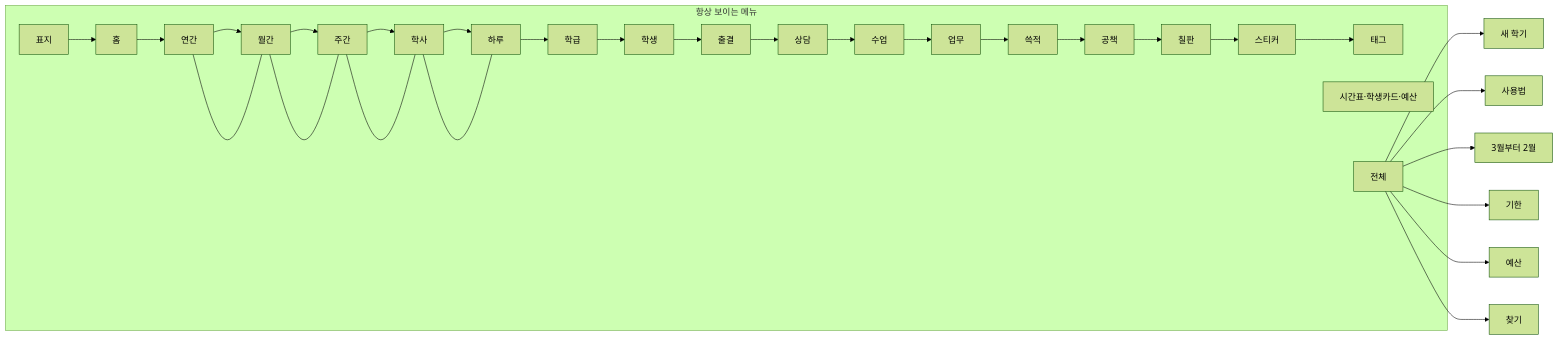
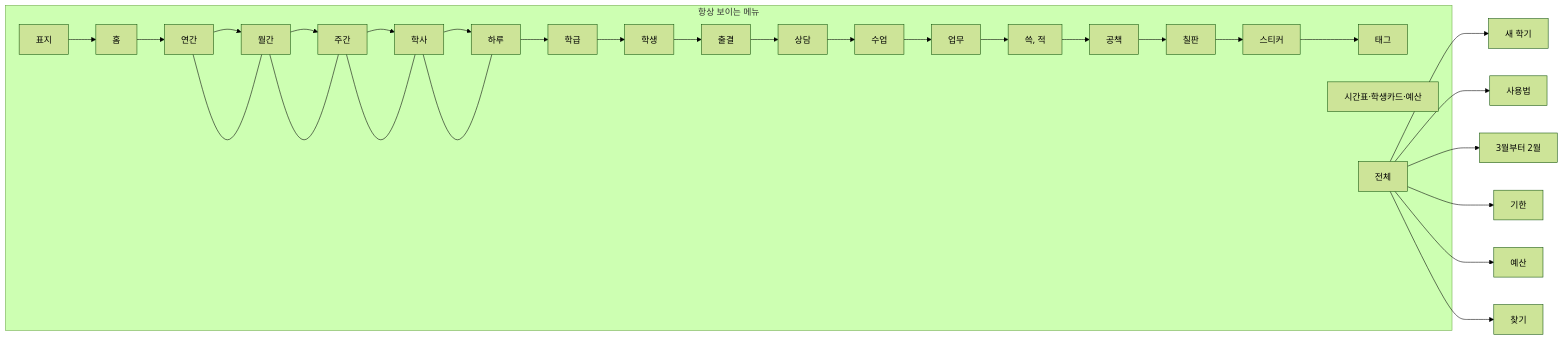
Before and after one commit to dmlwjd85/All-in-One-Home: the first of 2 diagrams in docs/nav-map.md, drawn with Mermaid (forest theme). The commit also changed other lines of this file and 11 other files, not shown here.

````diff
--- a/docs/nav-map.md
+++ b/docs/nav-map.md
@@ -45,55 +45,55 @@
 ```mermaid
 flowchart LR
   subgraph bar [항상 보이는 메뉴]
     cover[표지]
     home[홈]
     year[연간]
     month[월간]
     week[주간]
     schedule[학사]
     day[하루]
     klass[학급]
     students[학생]
     attend[출결]
     counsel[상담]
     lesson[수업]
     work[업무]
-    write[쓱적]
+    write[쓱, 적]
     notebook[공책]
     board[칠판]
     stickers[스티커]
     tags[태그]
     pins[시간표·학생카드·예산]
     all[전체]
   end
 
   cover --> home
   home --> year
   year --> month
   month --> week
   week --> schedule
   schedule --> day
   day --> klass
   klass --> students
   students --> attend
   attend --> counsel
   counsel --> lesson
   lesson --> work
   work --> write
   write --> notebook
   notebook --> board
   board --> stickers
   stickers --> tags
 
   year --- month
   month --- week
   week --- schedule
   schedule --- day
 
   all --> prep[새 학기]
   all --> guide[사용법]
   all --> months[3월부터 2월]
   all --> deadlines[기한]
   all --> budget[예산]
   all --> search[찾기]
 ```
````
